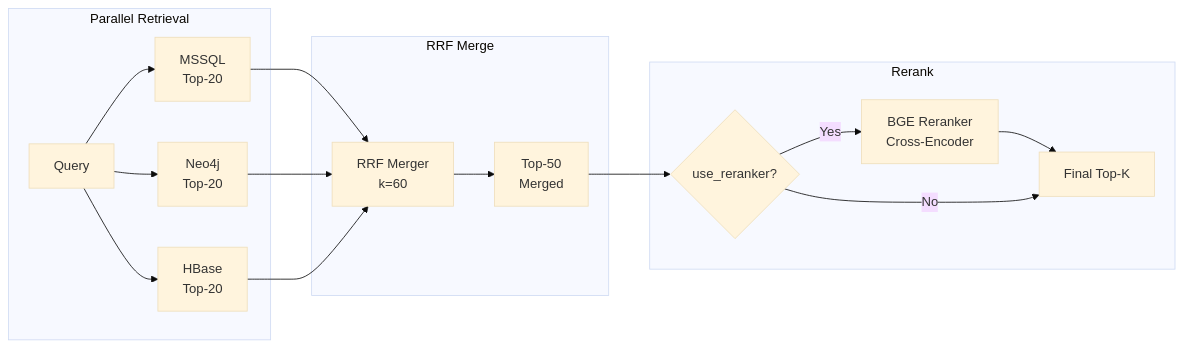
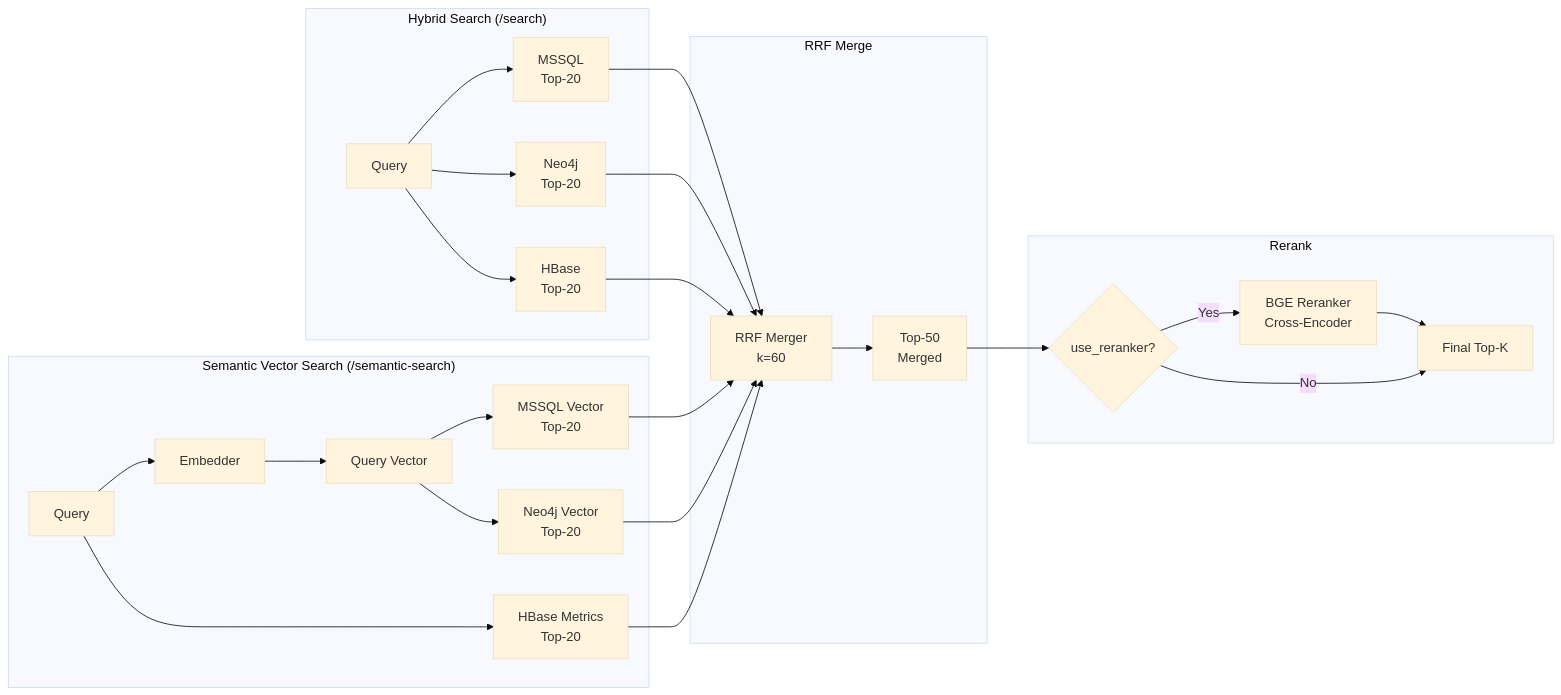
Before and after one commit to ydkulks/SemanticSearchEngine: the third of 3 diagrams in Plan.md, drawn with Mermaid (base theme). The commit also changed other lines of this file, not shown here.

````diff
--- a/Plan.md
+++ b/Plan.md
@@ -264,22 +273,33 @@
 ```mermaid
 graph LR
-    subgraph "Parallel Retrieval"
+    subgraph "Semantic Vector Search (/semantic-search)"
+        Q2[Query] --> EMB[Embedder]
+        EMB --> VEC[Query Vector]
+        VEC --> MSSQL2[MSSQL Vector<br/>Top-20]
+        VEC --> N4J2[Neo4j Vector<br/>Top-20]
+        Q2 --> H2[HBase Metrics<br/>Top-20]
+    end
+
+    subgraph "Hybrid Search (/search)"
         Q1[Query] --> MSSQL1[MSSQL<br/>Top-20]
         Q1 --> N4J1[Neo4j<br/>Top-20]
         Q1 --> H1[HBase<br/>Top-20]
     end
 
     subgraph "RRF Merge"
         MSSQL1 --> RRF[RRF Merger<br/>k=60]
         N4J1 --> RRF
         H1 --> RRF
-        RRF --> RRF20[Top-50<br/>Merged]
+        MSSQL2 --> RRF
+        N4J2 --> RRF
+        H2 --> RRF
+        RRF --> RRF50[Top-50<br/>Merged]
     end
 
     subgraph "Rerank"
-        RRF20 --> RERANK{use_reranker?}
+        RRF50 --> RERANK{use_reranker?}
         RERANK -->|Yes| BGE[BGE Reranker<br/>Cross-Encoder]
         BGE --> FINAL[Final Top-K]
         RERANK -->|No| FINAL
     end
 ```
````
